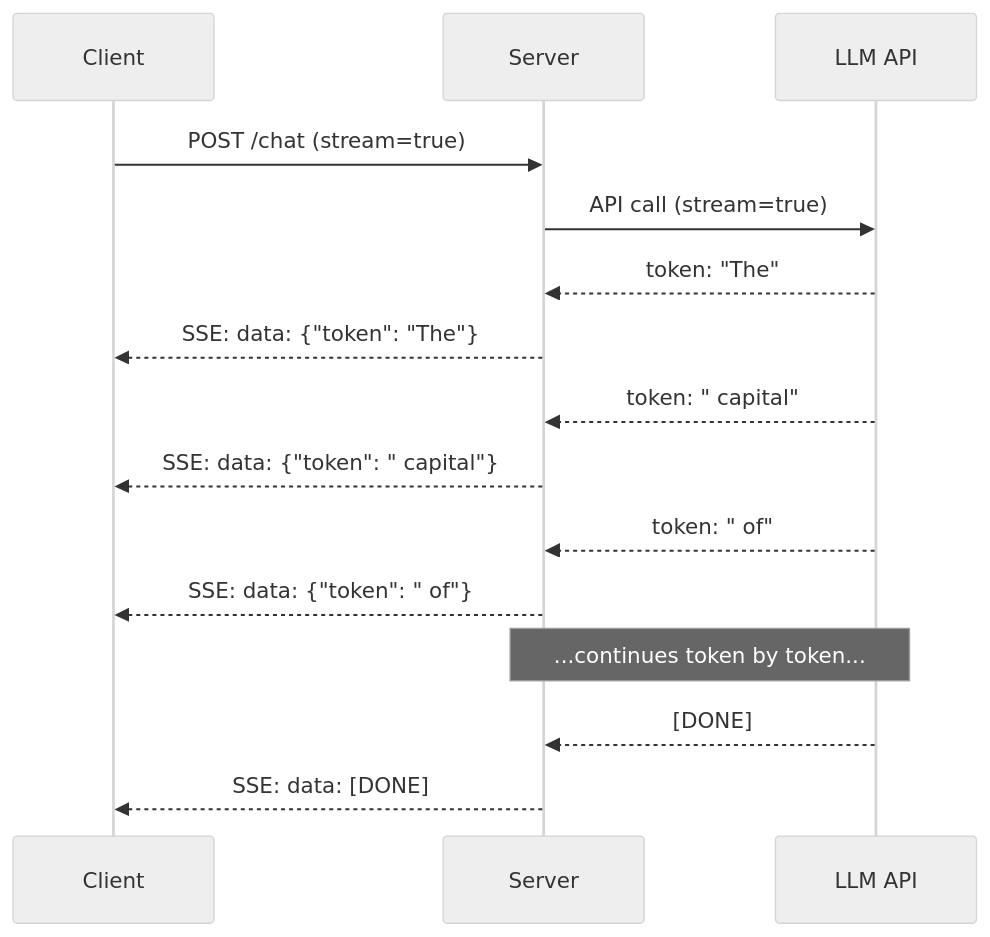
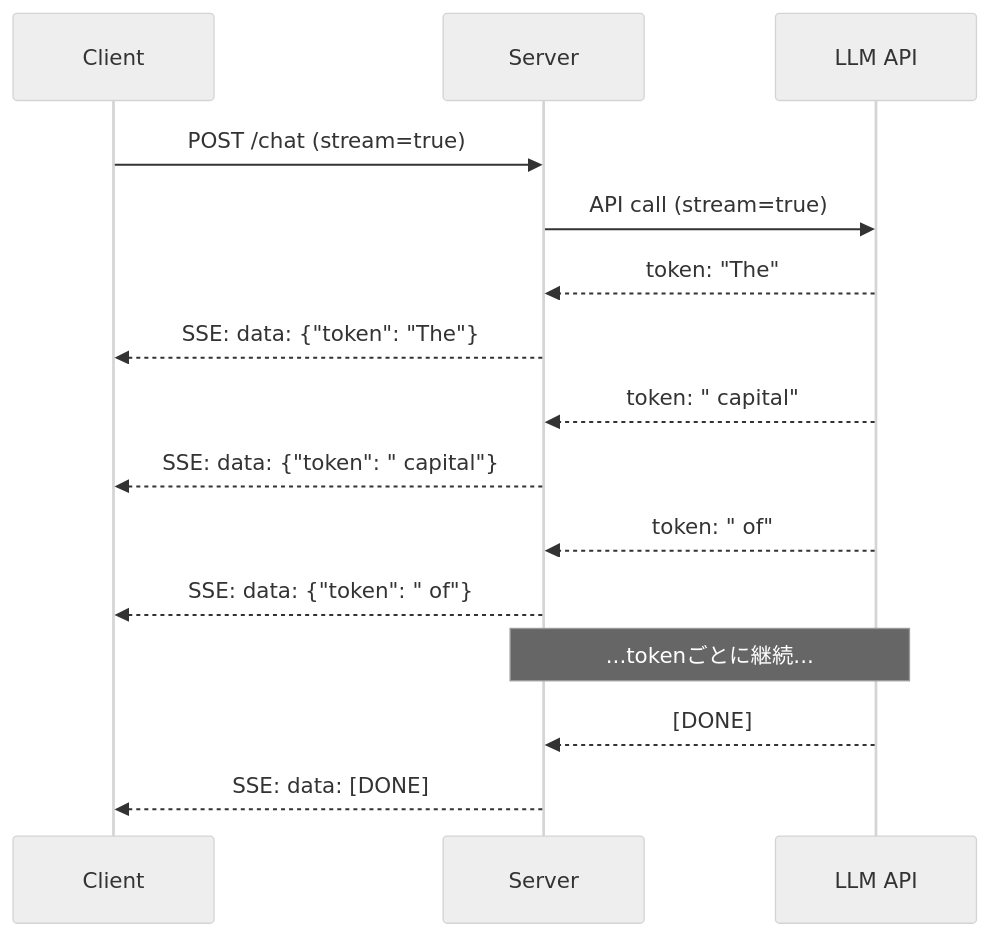
Before and after one commit to rohitg00/ai-engineering-from-scratch: the second of 3 diagrams in phases/11-llm-engineering/13-production-app/docs/en.md, drawn with Mermaid (neutral theme). The commit also changed other lines of this file and 1935 other files, not shown here.

````diff
--- a/phases/11-llm-engineering/13-production-app/docs/en.md
+++ b/phases/11-llm-engineering/13-production-app/docs/en.md
@@ -86,18 +86,18 @@
 ```mermaid
 sequenceDiagram
     participant C as Client
     participant S as Server
     participant L as LLM API
 
     C->>S: POST /chat (stream=true)
     S->>L: API call (stream=true)
     L-->>S: token: "The"
     S-->>C: SSE: data: {"token": "The"}
     L-->>S: token: " capital"
     S-->>C: SSE: data: {"token": " capital"}
     L-->>S: token: " of"
     S-->>C: SSE: data: {"token": " of"}
-    Note over L,S: ...continues token by token...
+    Note over L,S: ...tokenごとに継続...
     L-->>S: [DONE]
     S-->>C: SSE: data: [DONE]
 ```
````
